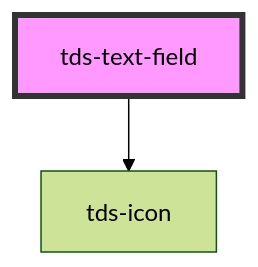
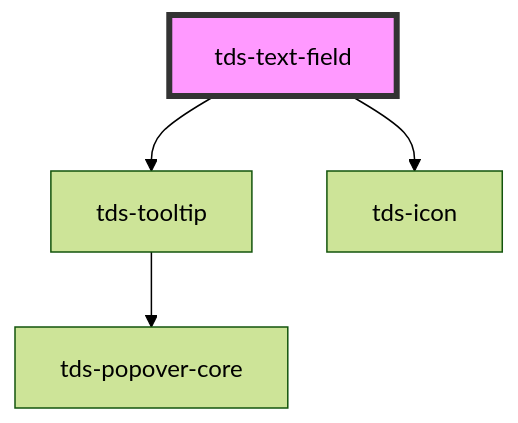
The diagram in packages/core/src/components/text-field/readme.md (scania-digital-design-system/tegel), drawn with Mermaid (forest theme) before and after one commit. The commit also changed other lines of this file and 3 other files, not shown here.

Commit message:
fix(text-field): add tooltip to read only and remove old label

````diff
--- a/packages/core/src/components/text-field/readme.md
+++ b/packages/core/src/components/text-field/readme.md
@@ -71,5 +72,7 @@
 ```mermaid
 graph TD;
+  tds-text-field --> tds-tooltip
   tds-text-field --> tds-icon
+  tds-tooltip --> tds-popover-core
   style tds-text-field fill:#f9f,stroke:#333,stroke-width:4px
 ```
````
